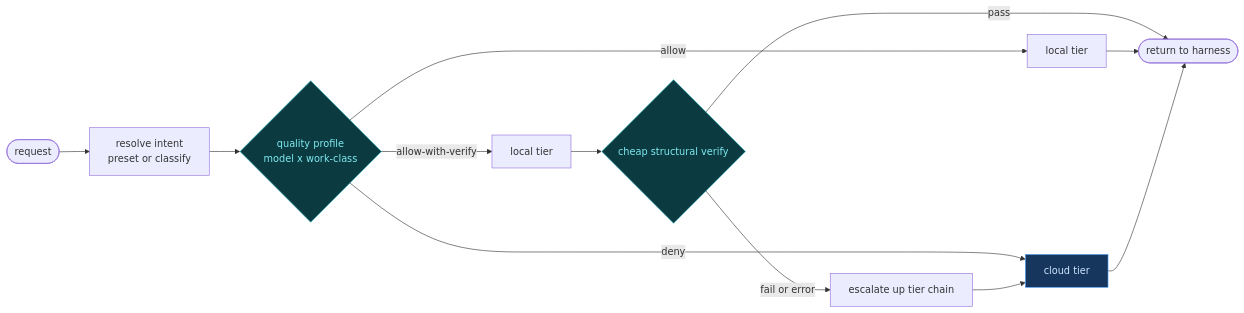
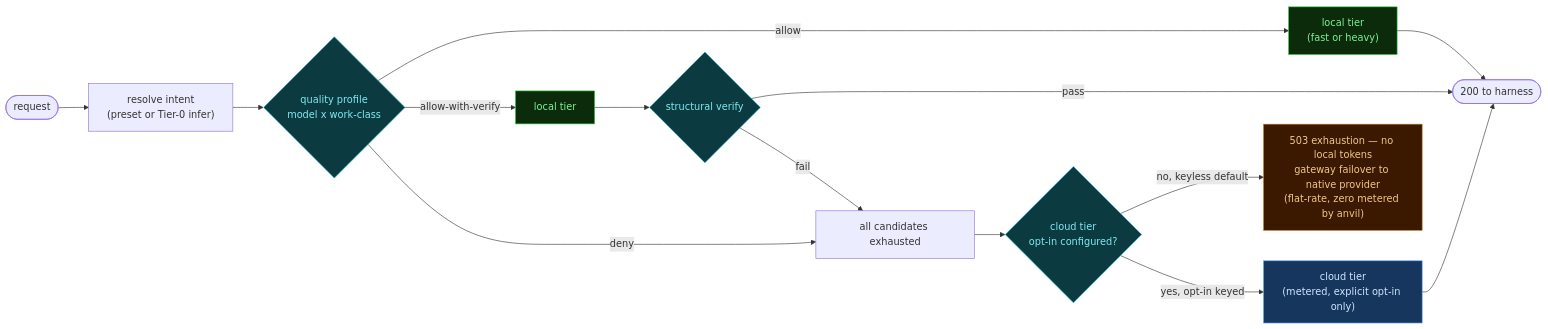
One commit to fakoli/anvil-serving changed the diagram in README.md. Above: the diagram before and after it, drawn with Mermaid. The commit also changed 1 other file, not shown here.

Commit message:
docs: architecture + request-flow mermaid diagrams for advise-and-defer (topology, keyless handoff, /v1/route) [advise-and-defer:T011]
Claude-Session: https://claude.ai/code/session_01GsKJJXAHs6A4qVaSZbtDrV

````diff
--- a/README.md
+++ b/README.md
@@ -101,18 +101,24 @@
 ```mermaid
 flowchart LR
-    REQ([request]) --> RES[resolve intent<br/>preset or classify]
-    RES --> POL{quality profile<br/>model x work-class}
-    POL -->|deny| CLOUD[cloud tier]
-    POL -->|allow| LOCAL[local tier]
-    POL -->|allow-with-verify| LV[local tier]
-    LV --> VER{cheap structural verify}
-    VER -->|pass| RET([return to harness])
-    VER -->|fail or error| ESC[escalate up tier chain]
-    ESC --> CLOUD
+    REQ([request]) --> RES["resolve intent<br/>(preset or Tier-0 infer)"]
+    RES --> POL{"quality profile<br/>model x work-class"}
+    POL -->|allow| LOCAL["local tier<br/>(fast or heavy)"]
+    POL -->|"allow-with-verify"| LV[local tier]
+    LV --> VER{"structural verify"}
+    VER -->|pass| RET([200 to harness])
     LOCAL --> RET
+    VER -->|fail| MISS[all candidates exhausted]
+    POL -->|deny| MISS
+    MISS --> GATE{"cloud tier<br/>opt-in configured?"}
+    GATE -->|"no, keyless default"| SOS["503 exhaustion — no local tokens<br/>gateway failover to native provider<br/>(flat-rate, zero metered by anvil)"]
+    GATE -->|"yes, opt-in keyed"| CLOUD["cloud tier<br/>(metered, explicit opt-in only)"]
     CLOUD --> RET
     classDef gate fill:#0b3b40,stroke:#23b6c4,color:#7fe9f0;
     classDef cloud fill:#16365e,stroke:#58a6ff,color:#cfe6ff;
-    class POL,VER gate;
+    classDef local fill:#0b2b0b,stroke:#23c430,color:#7ff09a;
+    classDef escape fill:#3b1800,stroke:#c47823,color:#f0c887;
+    class POL,VER,GATE gate;
     class CLOUD cloud;
+    class LOCAL,LV local;
+    class SOS escape;
 ```
````
